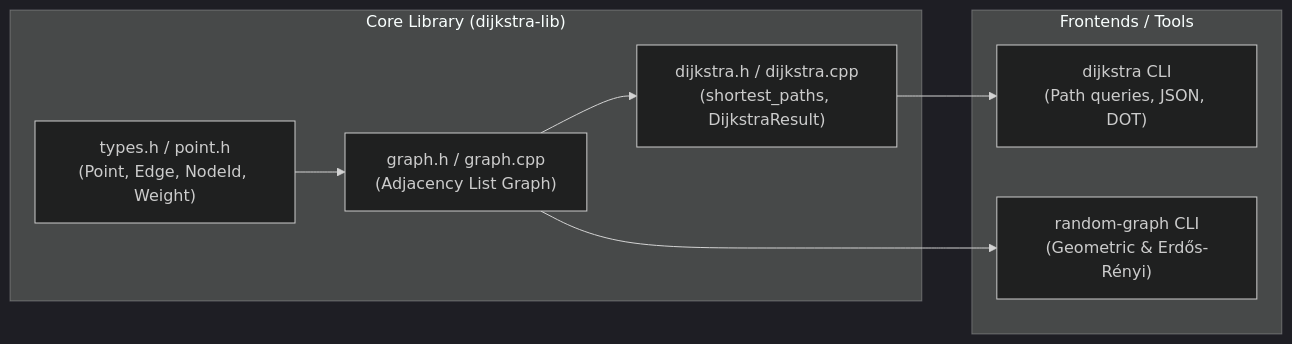
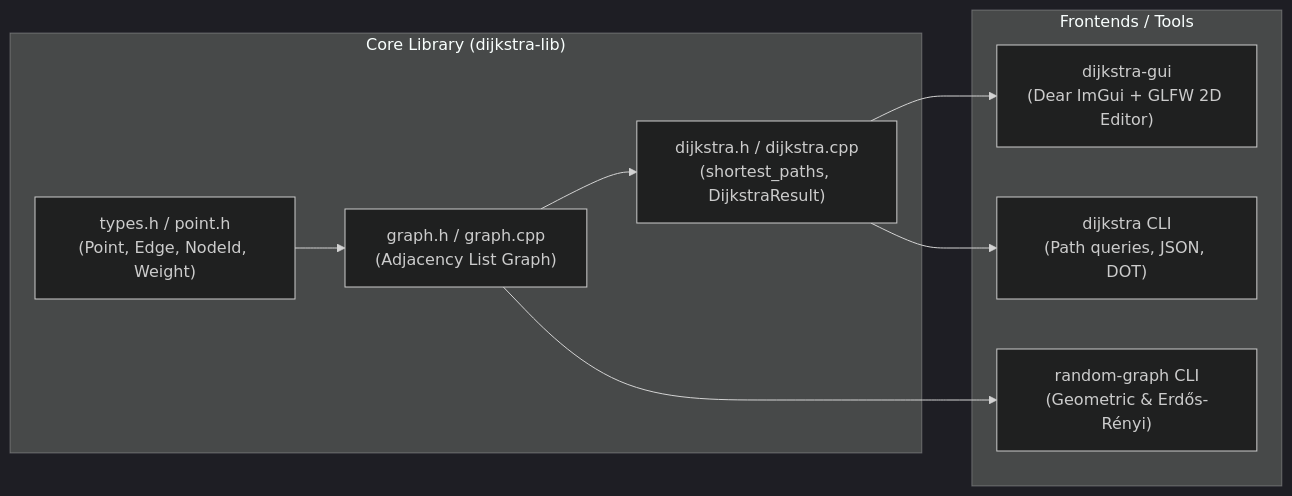
The diagram in README.md (vikman90/dijkstra), drawn with Mermaid (dark theme) before and after one commit. The commit also changed other lines of this file and 2 other files, not shown here.

Commit message:
docs: update documentation and README with GUI application guide

````diff
--- a/README.md
+++ b/README.md
@@ -27,12 +28,13 @@
 ```mermaid
 graph LR
     subgraph "Core Library (dijkstra-lib)"
         Types["types.h / point.h<br/>(Point, Edge, NodeId, Weight)"] --> Graph["graph.h / graph.cpp<br/>(Adjacency List Graph)"]
         Graph --> Dijkstra["dijkstra.h / dijkstra.cpp<br/>(shortest_paths, DijkstraResult)"]
     end
 
     subgraph "Frontends / Tools"
+        Dijkstra --> GUI["dijkstra-gui<br/>(Dear ImGui + GLFW 2D Editor)"]
         Dijkstra --> CLI1["dijkstra CLI<br/>(Path queries, JSON, DOT)"]
         Graph --> CLI2["random-graph CLI<br/>(Geometric & Erdős-Rényi)"]
     end
 ```
````
